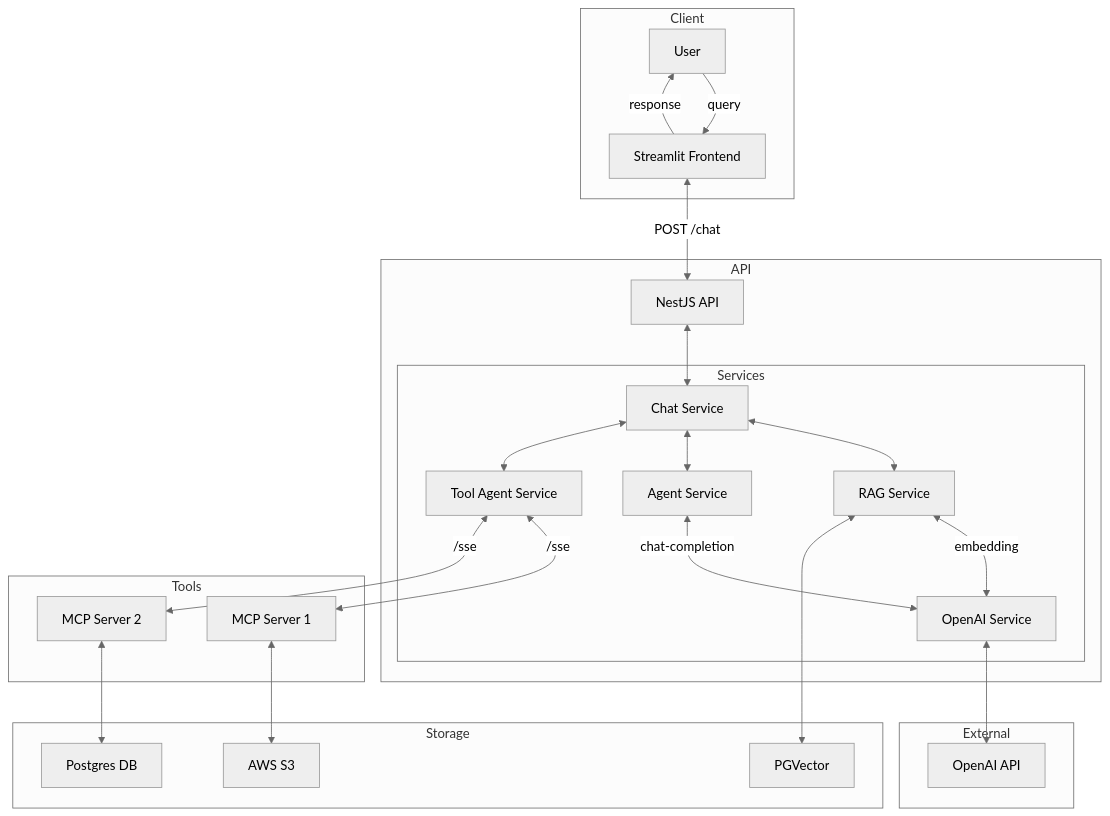
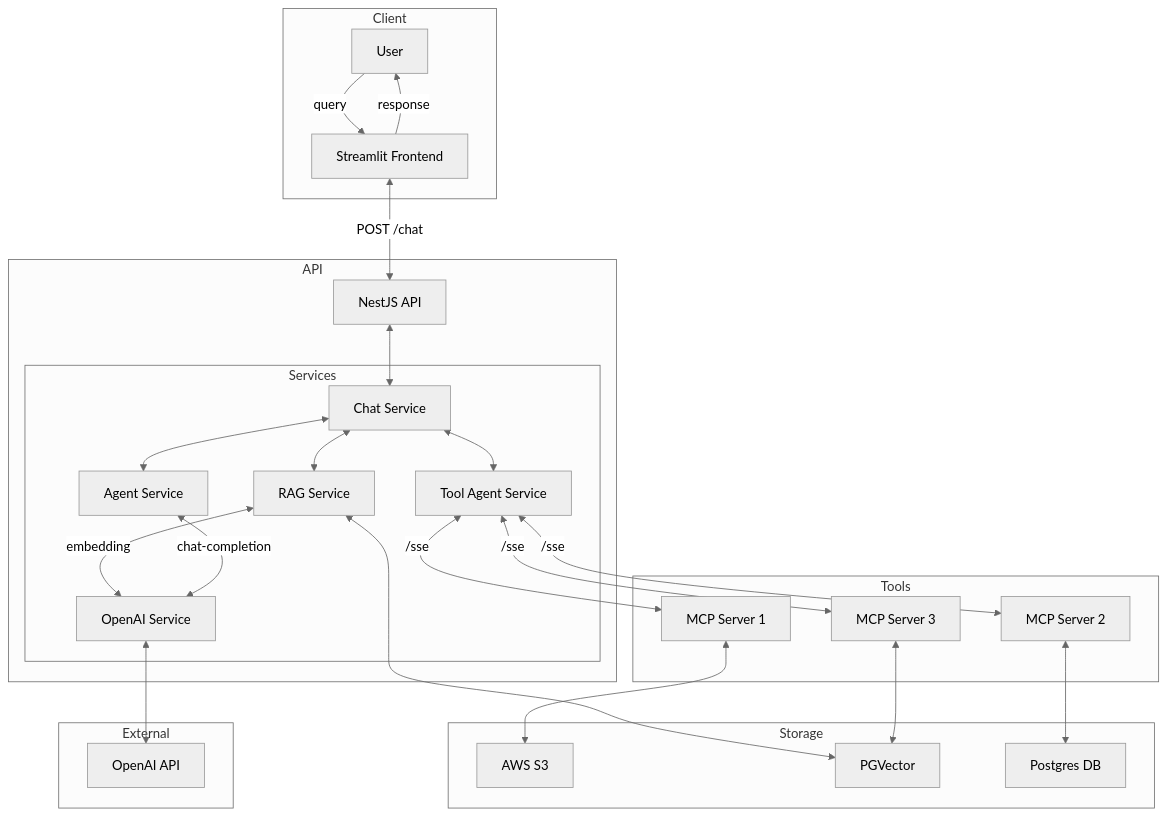
Before and after one commit to muralianand12345/mcp_server_client: the diagram in README.md, drawn with Mermaid (neutral theme). The commit also changed 33 other files, not shown here.

````diff
--- a/README.md
+++ b/README.md
@@ -1,63 +1,66 @@
 ```mermaid
 %%{init: {'flowchart': {'curve': 'bezier'}}}%%
 flowchart TB
     subgraph Client
         User["User"]
         Frontend["Streamlit Frontend"]
     end
 
     subgraph API
         NestJS["NestJS API"]
         subgraph Services
             ChatService["Chat Service"]
             AgentService["Agent Service"]
             ToolAgentService["Tool Agent Service"]
             RagService["RAG Service"]
             OpenAIService["OpenAI Service"]
         end
     end
 
     subgraph Tools
         MCP1["MCP Server 1"]
         MCP2["MCP Server 2"]
+        MCP3["MCP Server 3"]
     end
 
     subgraph Storage
         LocalStack["AWS S3"]
         PGVector["PGVector"]
         PostgreSQL["Postgres DB"]
     end
 
     subgraph External
         OpenAI["OpenAI API"]
     end
 
     User -- "query" --> Frontend
     Frontend -- "response" --> User
     Frontend -- "POST /chat" <--> NestJS
     
     NestJS <--> ChatService
     ChatService <--> RagService
     ChatService <--> AgentService
     ChatService <--> ToolAgentService
     
     RagService -- "embedding" <--> OpenAIService
     RagService <--> PGVector
     
     ToolAgentService -- "/sse" <--> MCP1
     ToolAgentService -- "/sse" <--> MCP2
-    
+    ToolAgentService -- "/sse" <--> MCP3
+     
     AgentService -- "chat-completion" <--> OpenAIService
     
     OpenAIService <--> OpenAI
     
     MCP1 <--> LocalStack
     MCP2 <--> PostgreSQL
+    MCP3 <--> PGVector
     
     %% Data flow
     class User,Frontend client
     class NestJS,ChatService,AgentService,ToolAgentService,RagService,OpenAIService api
-    class MCP1,MCP2 tools
+    class MCP1,MCP2,MCP3 tools
     class LocalStack,PostgreSQL storage
     class OpenAI external
 ```
````
